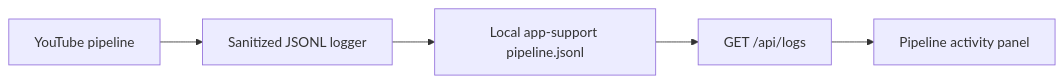
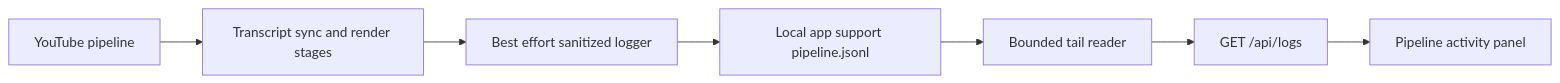
One commit to feraranas/just-a-clipper-engine changed the first of 2 diagrams in docs/features/structured-pipeline-logs.md. Above: the diagram before and after it, drawn with Mermaid. The commit also changed other lines of this file and 3 other files, not shown here.

Commit message:
fix: harden structured pipeline logs

````diff
--- a/docs/features/structured-pipeline-logs.md
+++ b/docs/features/structured-pipeline-logs.md
@@ -12,7 +12,9 @@
 ```mermaid
 flowchart LR
-  Pipeline[YouTube pipeline] --> Logger[Sanitized JSONL logger]
-  Logger --> File[Local app-support pipeline.jsonl]
-  File --> API[GET /api/logs]
+  Pipeline[YouTube pipeline] --> Stages[Transcript sync and render stages]
+  Stages --> Logger[Best effort sanitized logger]
+  Logger --> File[Local app support pipeline.jsonl]
+  File --> Tail[Bounded tail reader]
+  Tail --> API[GET /api/logs]
   API --> UI[Pipeline activity panel]
 ```
````
